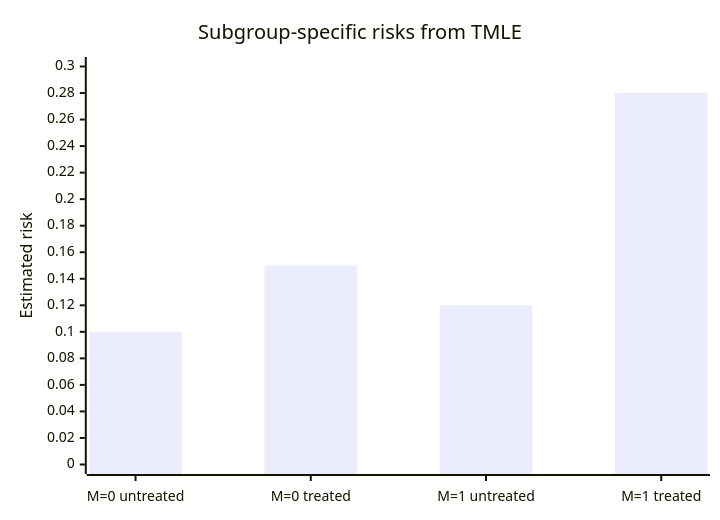
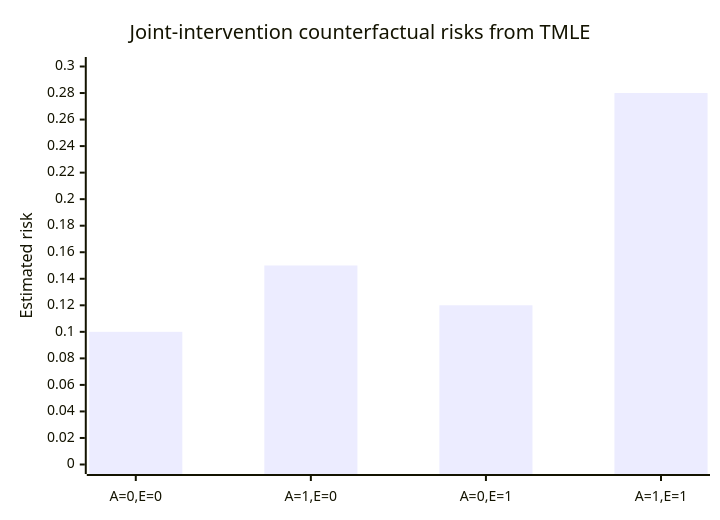
The diagram in 03-04b-interactions-rwe.qmd (amertens/causal-learning-handbook), drawn with Mermaid before and after one commit. The commit also changed other lines of this file and 10 other files, not shown here.

````diff
--- a/03-04b-interactions-rwe.qmd
+++ b/03-04b-interactions-rwe.qmd
@@ -1180,7 +936,7 @@
 ```{mermaid}
 xychart-beta
-    title "Subgroup-specific risks from TMLE"
-    x-axis ["M=0 untreated", "M=0 treated", "M=1 untreated", "M=1 treated"]
+    title "Joint-intervention counterfactual risks from TMLE"
+    x-axis ["A=0,E=0", "A=1,E=0", "A=0,E=1", "A=1,E=1"]
     y-axis "Estimated risk" 0 --> 0.30
     bar [0.10, 0.15, 0.12, 0.28]
 ```
````
